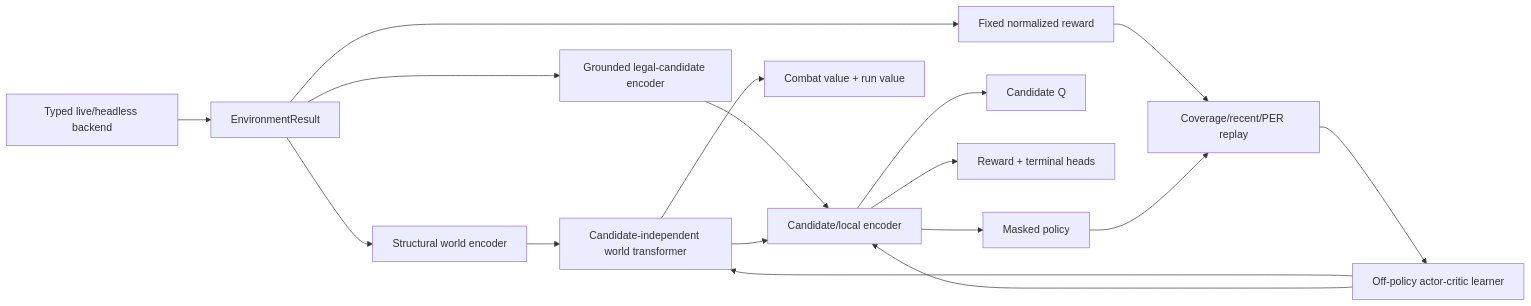
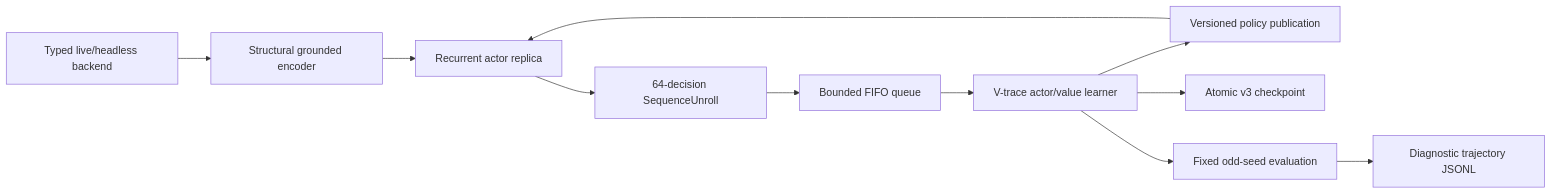
The diagram in docs/rl-grounded-baseline.md (Yidhar/sts2-mcp), drawn with Mermaid before and after one commit. The commit also changed other lines of this file and 49 other files, not shown here.

Commit message:
refactor(rl)!: replace v1 replay baseline with recurrent vtrace v2

````diff
--- a/docs/rl-grounded-baseline.md
+++ b/docs/rl-grounded-baseline.md
@@ -26,19 +15,13 @@
 ```mermaid
 flowchart LR
-    Backend["Typed live/headless backend"] --> Result["EnvironmentResult"]
-    Result --> World["Structural world encoder"]
-    Result --> Candidates["Grounded legal-candidate encoder"]
-    World --> WorldModel["Candidate-independent world transformer"]
-    Candidates --> CandidateModel["Candidate/local encoder"]
-    WorldModel --> CandidateModel
-    WorldModel --> Values["Combat value + run value"]
-    CandidateModel --> Policy["Masked policy"]
-    CandidateModel --> Q["Candidate Q"]
-    CandidateModel --> Outcome["Reward + terminal heads"]
-    Result --> Reward["Fixed normalized reward"]
-    Reward --> Replay["Coverage/recent/PER replay"]
-    Policy --> Replay
-    Replay --> Learner["Off-policy actor-critic learner"]
-    Learner --> WorldModel
-    Learner --> CandidateModel
+    Env["Typed live/headless backend"] --> Encoder["Structural grounded encoder"]
+    Encoder --> Actor["Recurrent actor replica"]
+    Actor --> Unroll["64-decision SequenceUnroll"]
+    Unroll --> Queue["Bounded FIFO queue"]
+    Queue --> Learner["V-trace actor/value learner"]
+    Learner --> Publish["Versioned policy publication"]
+    Publish --> Actor
+    Learner --> Checkpoint["Atomic v3 checkpoint"]
+    Learner --> Eval["Fixed odd-seed evaluation"]
+    Eval --> Journal["Diagnostic trajectory JSONL"]
 ```
````
